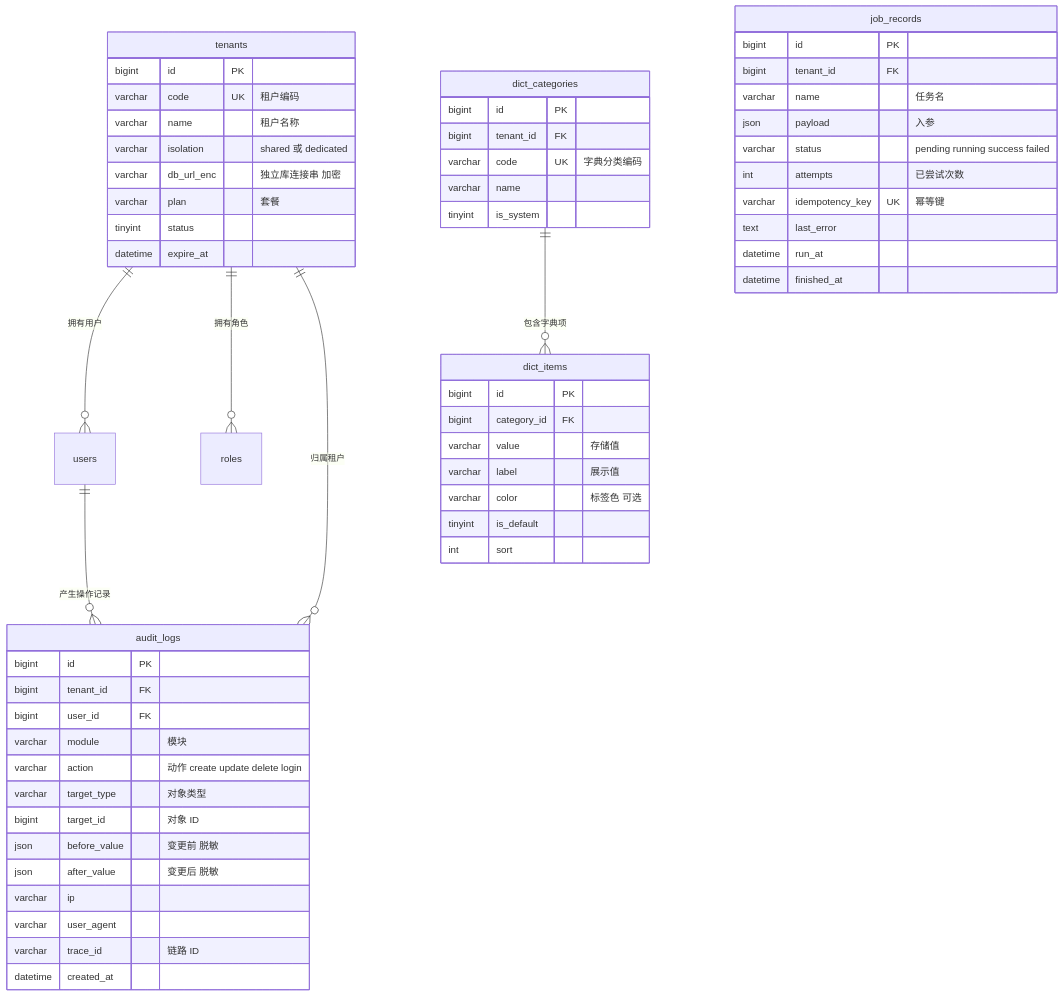
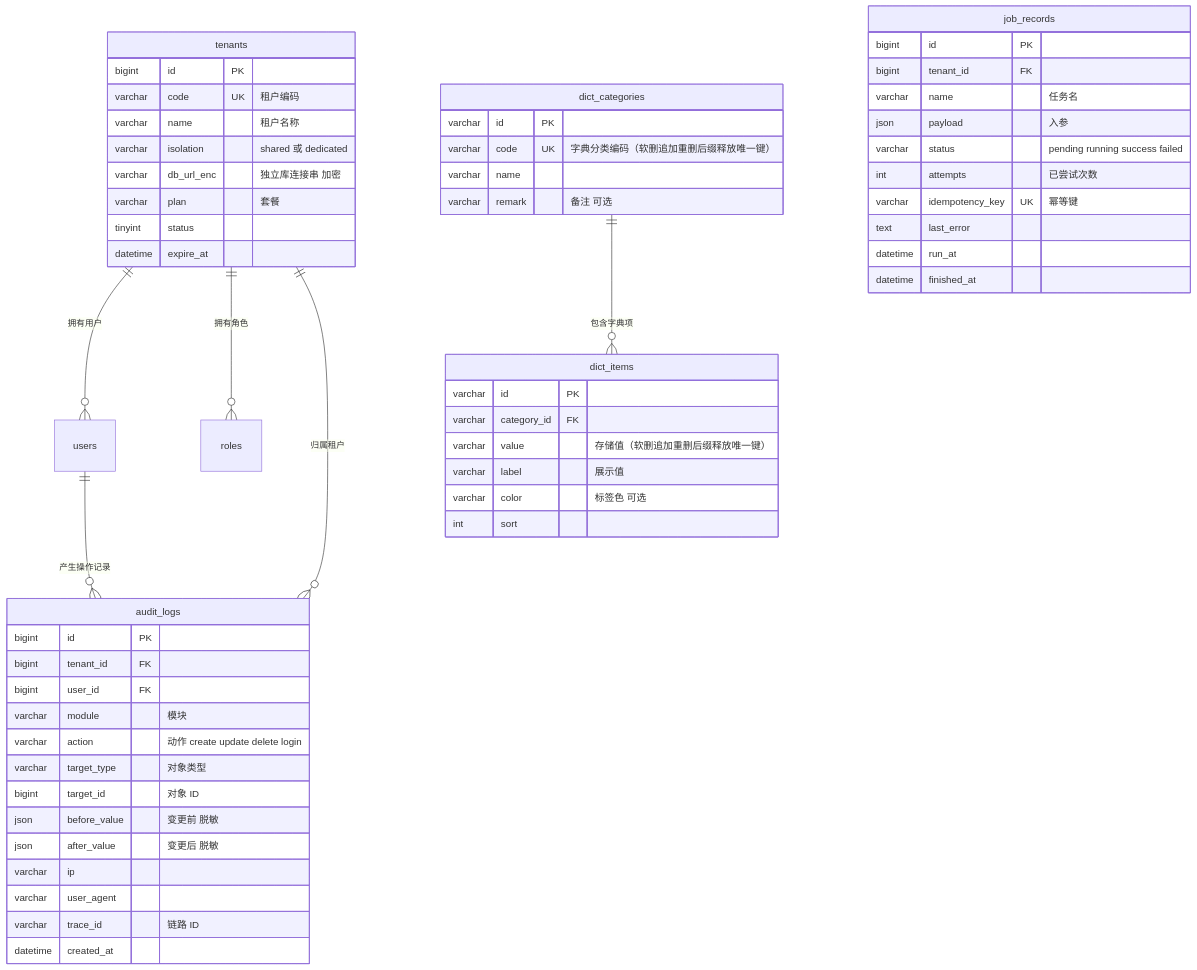
The second of 2 diagrams in docs/30-data-dictionary.md (donttemos/TY), drawn with Mermaid before and after one commit. The commit also changed other lines of this file and 4 other files, not shown here.

````diff
--- a/docs/30-data-dictionary.md
+++ b/docs/30-data-dictionary.md
@@ -149,62 +149,60 @@
 ```mermaid
 erDiagram
     tenants ||--o{ users : "拥有用户"
     tenants ||--o{ roles : "拥有角色"
     dict_categories ||--o{ dict_items : "包含字典项"
     users ||--o{ audit_logs : "产生操作记录"
     tenants ||--o{ audit_logs : "归属租户"
 
     tenants {
         bigint id PK
         varchar code UK "租户编码"
         varchar name "租户名称"
         varchar isolation "shared 或 dedicated"
         varchar db_url_enc "独立库连接串 加密"
         varchar plan "套餐"
         tinyint status
         datetime expire_at
     }
     dict_categories {
-        bigint id PK
-        bigint tenant_id FK
-        varchar code UK "字典分类编码"
+        varchar id PK
+        varchar code UK "字典分类编码（软删追加重删后缀释放唯一键）"
         varchar name
-        tinyint is_system
+        varchar remark "备注 可选"
     }
     dict_items {
-        bigint id PK
-        bigint category_id FK
-        varchar value "存储值"
+        varchar id PK
+        varchar category_id FK
+        varchar value "存储值（软删追加重删后缀释放唯一键）"
         varchar label "展示值"
         varchar color "标签色 可选"
-        tinyint is_default
         int sort
     }
     audit_logs {
         bigint id PK
         bigint tenant_id FK
         bigint user_id FK
         varchar module "模块"
         varchar action "动作 create update delete login"
         varchar target_type "对象类型"
         bigint target_id "对象 ID"
         json before_value "变更前 脱敏"
         json after_value "变更后 脱敏"
         varchar ip
         varchar user_agent
         varchar trace_id "链路 ID"
         datetime created_at
     }
     job_records {
         bigint id PK
         bigint tenant_id FK
         varchar name "任务名"
         json payload "入参"
         varchar status "pending running success failed"
         int attempts "已尝试次数"
         varchar idempotency_key UK "幂等键"
         text last_error
         datetime run_at
         datetime finished_at
     }
 ```
````
